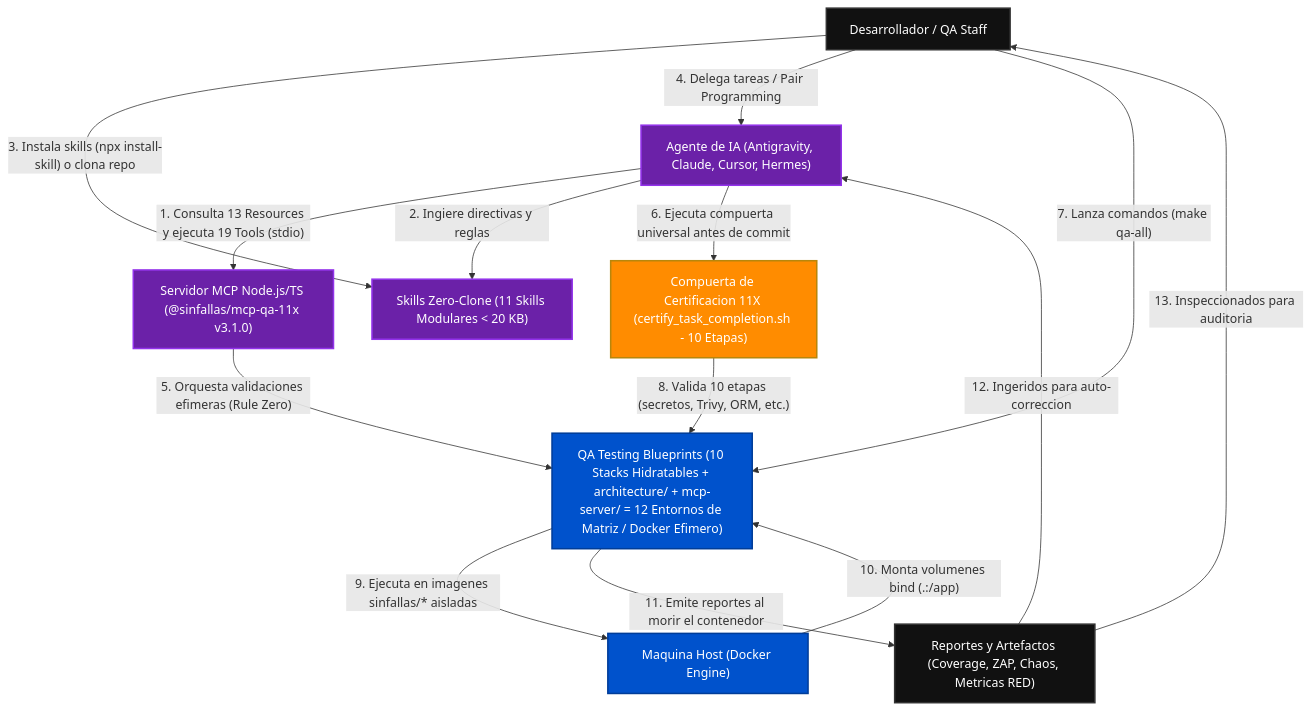
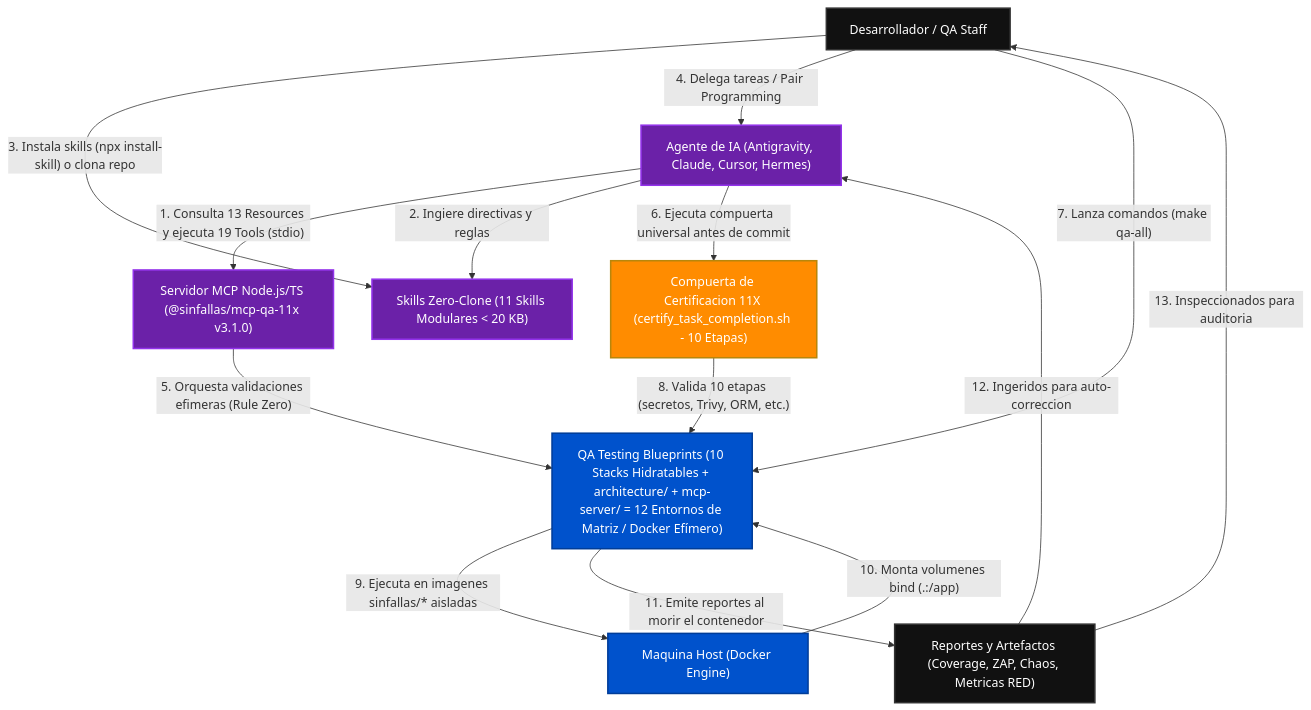
Before and after one commit to tecno-consultores/qa-testing-blueprints: the first of 3 diagrams in docs/ARCHITECTURE_C4.es.md, drawn with Mermaid. The commit also changed other lines of this file and 104 other files, not shown here.

````diff
--- a/docs/ARCHITECTURE_C4.es.md
+++ b/docs/ARCHITECTURE_C4.es.md
@@ -12,33 +12,33 @@
 ```mermaid
 flowchart TD
     Human["Desarrollador / QA Staff"]
     Agent["Agente de IA (Antigravity, Claude, Cursor, Hermes)"]
     MCP["Servidor MCP Node.js/TS (@sinfallas/mcp-qa-11x v3.1.0)"]
     Skill["Skills Zero-Clone (11 Skills Modulares < 20 KB)"]
     Gate["Compuerta de Certificacion 11X (certify_task_completion.sh - 10 Etapas)"]
-    QA["QA Testing Blueprints (10 Stacks Hidratables + architecture/ + mcp-server/ = 12 Entornos de Matriz / Docker Efimero)"]
+    QA["QA Testing Blueprints (10 Stacks Hidratables + architecture/ + mcp-server/ = 12 Entornos de Matriz / Docker Efímero)"]
     Host["Maquina Host (Docker Engine)"]
     Reports["Reportes y Artefactos (Coverage, ZAP, Chaos, Metricas RED)"]
 
     Agent -->|"1. Consulta 13 Resources y ejecuta 19 Tools (stdio)"| MCP
     Agent -->|"2. Ingiere directivas y reglas"| Skill
     Human -->|"3. Instala skills (npx install-skill) o clona repo"| Skill
     Human -->|"4. Delega tareas / Pair Programming"| Agent
     MCP -->|"5. Orquesta validaciones efimeras (Rule Zero)"| QA
     Agent -->|"6. Ejecuta compuerta universal antes de commit"| Gate
     Human -->|"7. Lanza comandos (make qa-all)"| QA
     Gate -->|"8. Valida 10 etapas (secretos, Trivy, ORM, etc.)"| QA
     QA -->|"9. Ejecuta en imagenes sinfallas/* aisladas"| Host
     Host -->|"10. Monta volumenes bind (.:/app)"| QA
     QA -->|"11. Emite reportes al morir el contenedor"| Reports
     Reports -->|"12. Ingeridos para auto-correccion"| Agent
     Reports -->|"13. Inspeccionados para auditoria"| Human
 
     classDef default fill:#111,stroke:#333,stroke-width:2px,color:#fff;
     classDef highlight fill:#0052cc,stroke:#003d99,stroke-width:2px,color:#fff;
     classDef barrier fill:#ff8c00,stroke:#b8860b,stroke-width:2px,color:#fff;
     classDef ai fill:#6b21a8,stroke:#9333ea,stroke-width:2px,color:#fff;
     class QA,Host highlight;
     class Gate barrier;
     class Agent,MCP,Skill ai;
 ```
````
